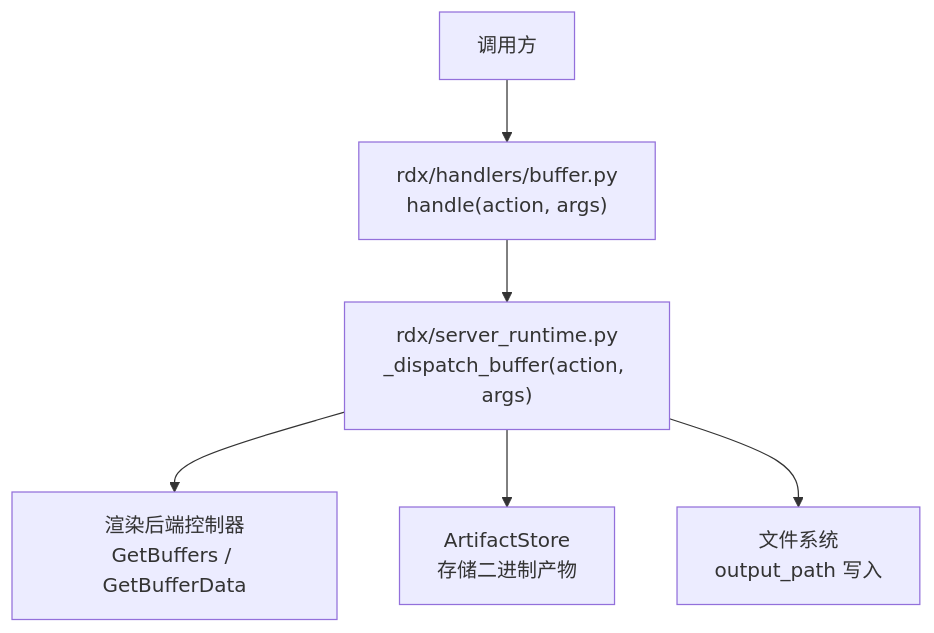
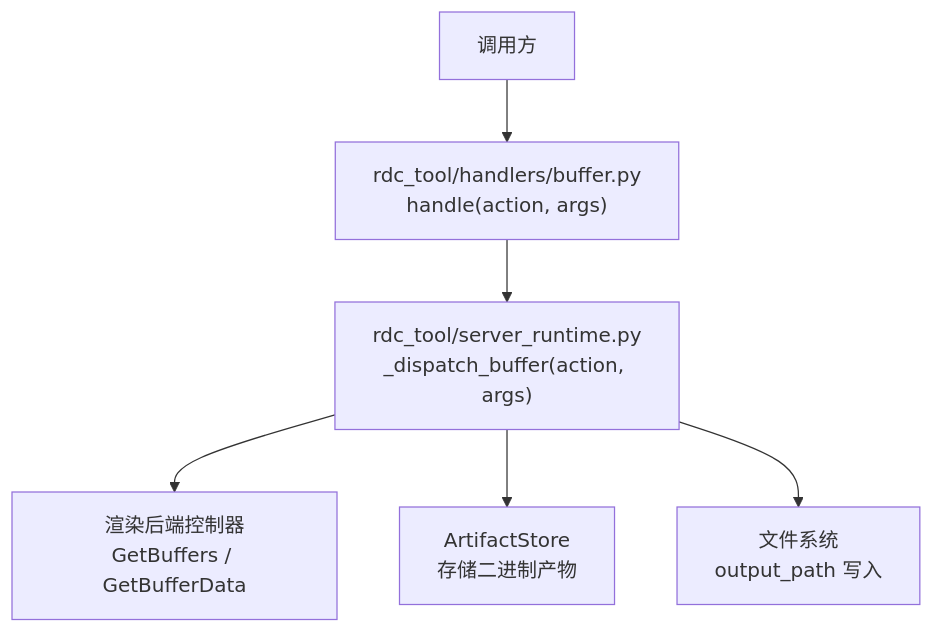
Before and after one commit to haolange/RDC-Tool: the first of 6 diagrams in .qoder/repowiki/zh/content/API规范/缓冲区与网格数据API.md, drawn with Mermaid. The commit also changed other lines of this file and 388 other files, not shown here.

First line of the commit message:
Release RDC-Tool identity and public maintenance surface

````diff
--- a/.qoder/repowiki/zh/content/API规范/缓冲区与网格数据API.md
+++ b/.qoder/repowiki/zh/content/API规范/缓冲区与网格数据API.md
@@ -35,8 +35,8 @@
 ```mermaid
 graph TB
-A["调用方"] --> B["rdx/handlers/buffer.py<br/>handle(action, args)"]
-B --> C["rdx/server_runtime.py<br/>_dispatch_buffer(action, args)"]
+A["调用方"] --> B["rdc_tool/handlers/buffer.py<br/>handle(action, args)"]
+B --> C["rdc_tool/server_runtime.py<br/>_dispatch_buffer(action, args)"]
 C --> D["渲染后端控制器<br/>GetBuffers / GetBufferData"]
 C --> E["ArtifactStore<br/>存储二进制产物"]
 C --> F["文件系统<br/>output_path 写入"]
 ```
````
